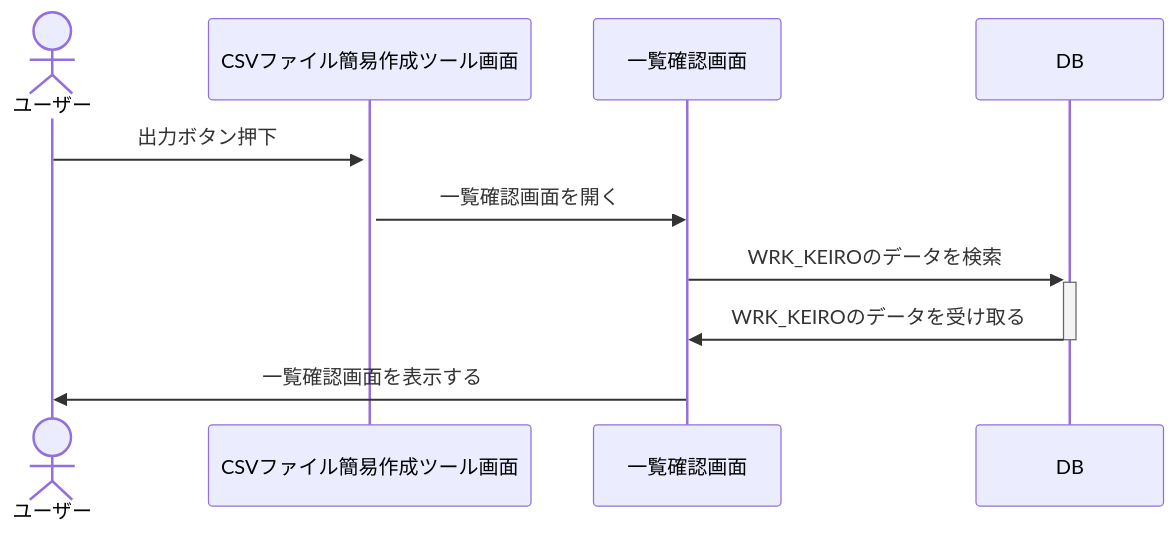
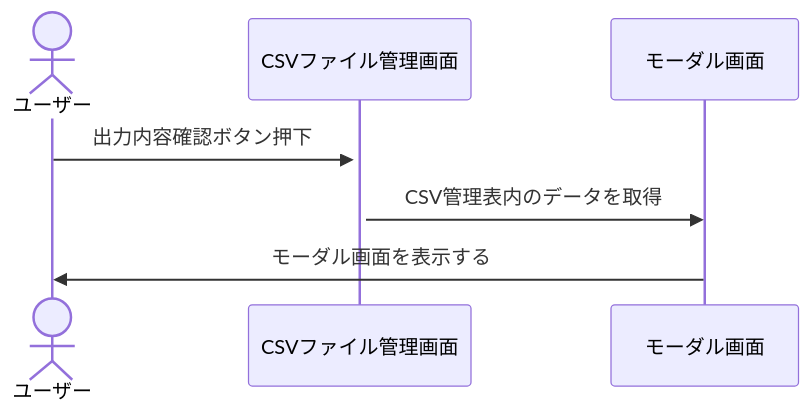
One commit to brain-yuhei/CsvCreateTool changed the fifth of 7 diagrams in AttrMF/csvdownload/csvcreate/docs/CreateKeiro.md. Above: the diagram before and after it, drawn with Mermaid. The commit also changed other lines of this file and 16 other files, not shown here.

````diff
--- a/AttrMF/csvdownload/csvcreate/docs/CreateKeiro.md
+++ b/AttrMF/csvdownload/csvcreate/docs/CreateKeiro.md
@@ -338,14 +188,11 @@
 ```mermaid
 sequenceDiagram 
 actor 1 as ユーザー
-participant 2 as CSVファイル簡易作成ツール画面
-participant 3 as 一覧確認画面
-participant 4 as DB
+participant 2 as CSVファイル管理画面
+participant 3 as モーダル画面
 
-1->>+2: 出力ボタン押下
-2->>3: 一覧確認画面を開く
-3->>+4: WRK_KEIROのデータを検索
-4->>-3: WRK_KEIROのデータを受け取る
-3->>1: 一覧確認画面を表示する
+1->>+2: 出力内容確認ボタン押下
+2->>3: CSV管理表内のデータを取得
+3->>1: モーダル画面を表示する
 
 ```
````
